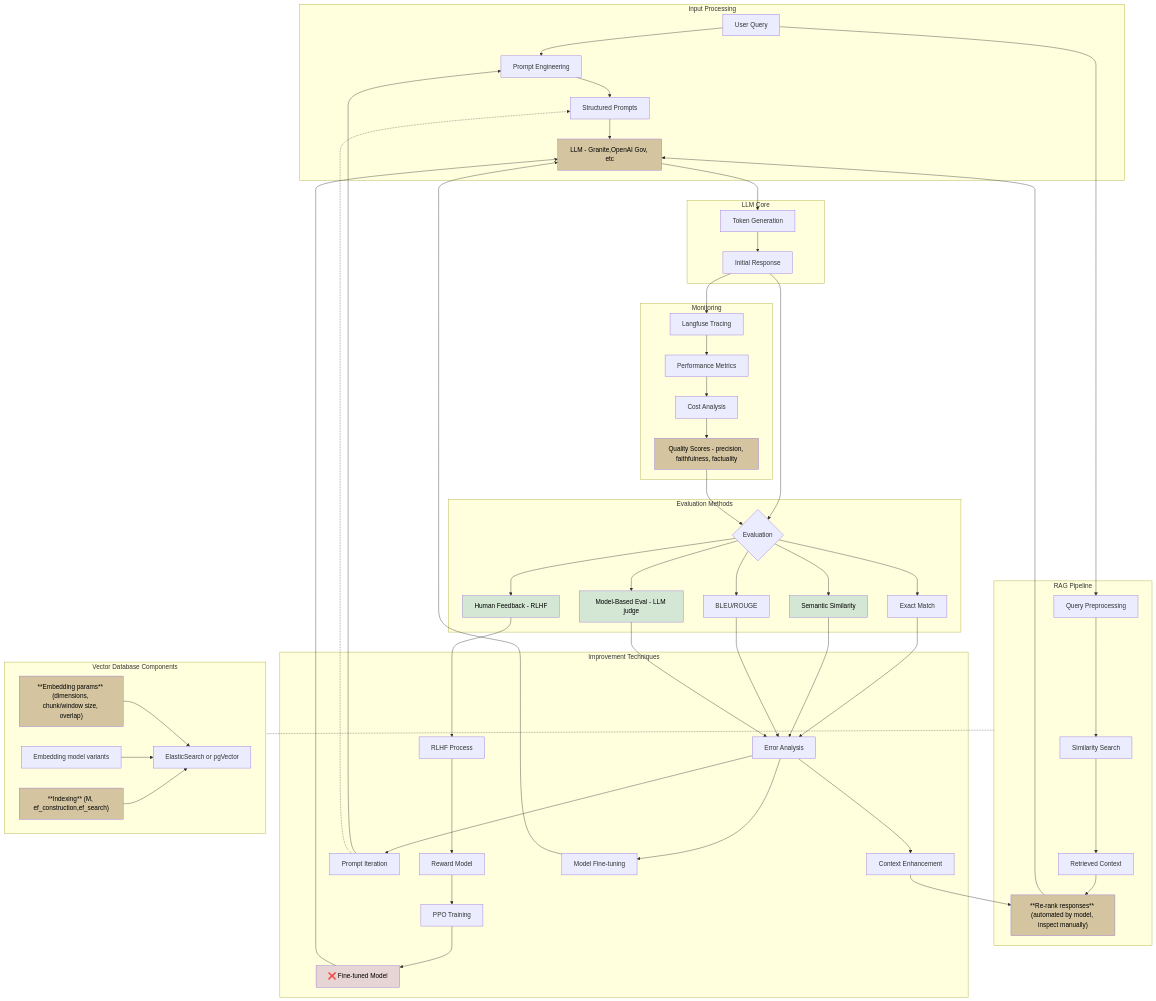
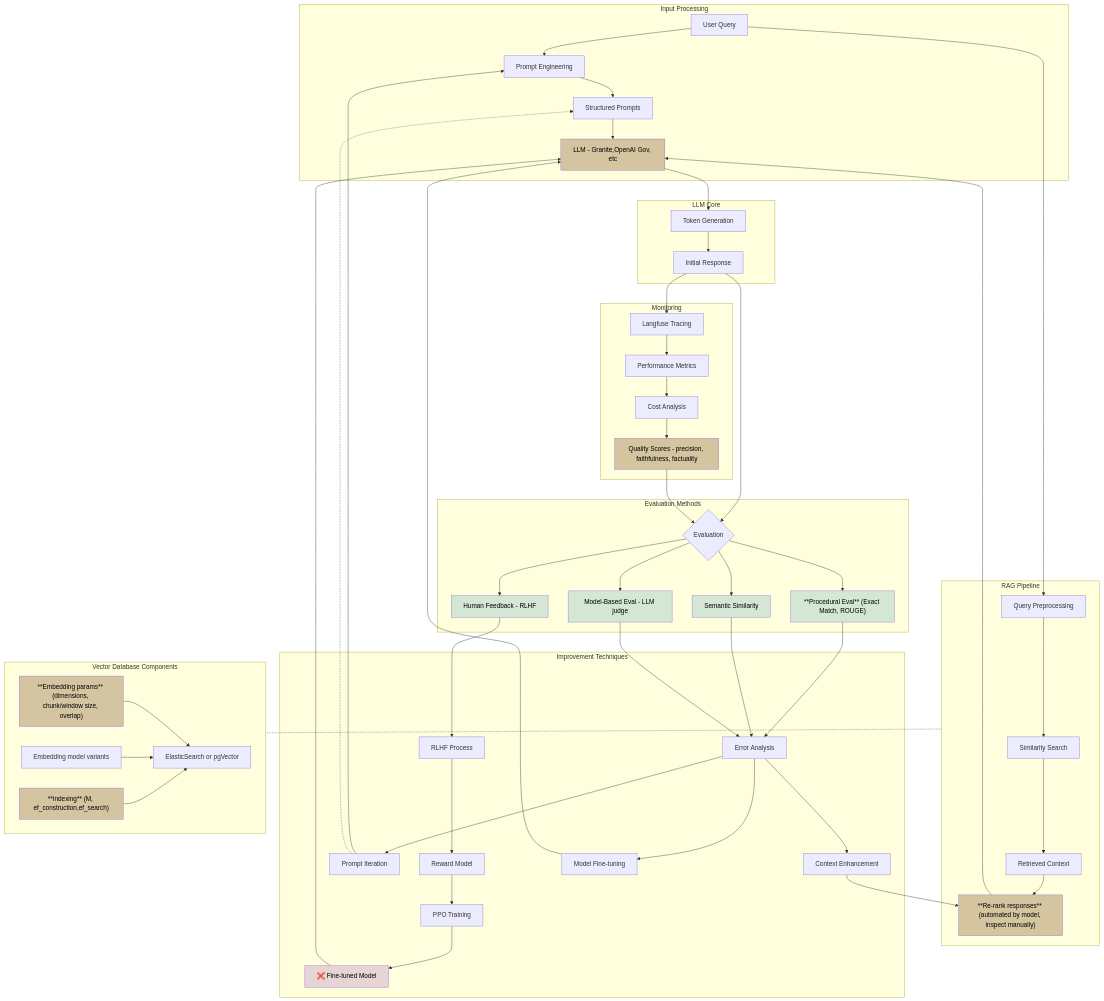
One commit to patelc75/n8n-rag-pipeline-chatbot changed the diagram in docs/eval-flow.mermaid. Above: the diagram before and after it, drawn with Mermaid.

Commit message:
update procedural eval node

```diff
--- a/docs/eval-flow.mermaid
+++ b/docs/eval-flow.mermaid
@@ -1,75 +1,73 @@
 %% The layout only looks good in Notion's Mermaid editor
 graph TB
     subgraph "Input Processing"
         A[User Query] --> B[Prompt Engineering]
         B --> C[Structured Prompts]
         C --> D[LLM - Granite,OpenAI Gov, etc]:::yellow
     end
-    
+
     subgraph RP[RAG Pipeline]
         A --> E[Query Preprocessing]
         E --> G[Similarity Search]
         G --> H[Retrieved Context]
         H --> HA["**Re-rank responses** (automated by model, inspect manually)"]:::yellow
         HA --> D
     end
-    
+
     subgraph "LLM Core"
         D --> I[Token Generation]
         I --> J[Initial Response]
     end
-    
+
     subgraph "Evaluation Methods"
         J --> K{Evaluation}
-        K --> L[Exact Match]
+        K --> L["**Procedural Eval** (Exact Match, ROUGE)"]:::green
         K --> M[Semantic Similarity]:::green
-        K --> N[BLEU/ROUGE]
         K --> O[Human Feedback - RLHF]:::green
         K --> P[Model-Based Eval - LLM judge]:::green
 
     end
-    
+
     subgraph "Improvement Techniques"
         O --> Q[RLHF Process]
         Q --> R[Reward Model]
         R --> S[PPO Training]
         S --> T[❌ Fine-tuned Model]:::red
-        
+
         L --> U[Error Analysis]
         M --> U
-        N --> U
         P --> U
-        
+
         U --> V[Prompt Iteration]
         V --> B
-        
+
         U --> W[Context Enhancement]
         W --> HA
-        
+
         U --> X[Model Fine-tuning]
         X --> D
     end
-    
+
     subgraph VD[Vector Database Components]
         Y["**Embedding params** (dimensions, chunk/window size, overlap)"]:::yellow
         AF[Embedding model variants]
         AA["**Indexing** (M, ef_construction,ef_search)"]:::yellow
         Y --> Z[ElasticSearch or pgVector]
         AF --> Z
 	      AA --> Z
     end
-    
+
     subgraph "Monitoring"
         J --> AB[Langfuse Tracing]
         AB --> AC[Performance Metrics]
         AC --> AD[Cost Analysis]
         AD --> AE[Quality Scores - precision, faithfulness, factuality]:::yellow
         AE --> K
     end
-    
+
     T --> D
     V -.-> C
     RP -.- VD
 		classDef yellow fill:#D4C5A0,color:#000000
 		classDef green fill:#D4E7D4,color:#000000
 		classDef red fill:#E7D4D4,color:#000000
```
